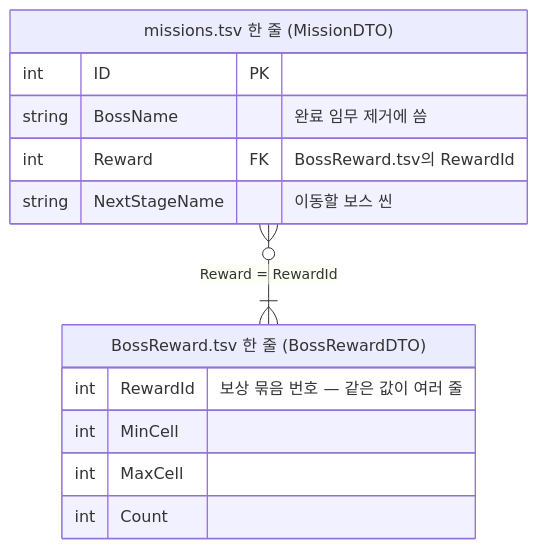
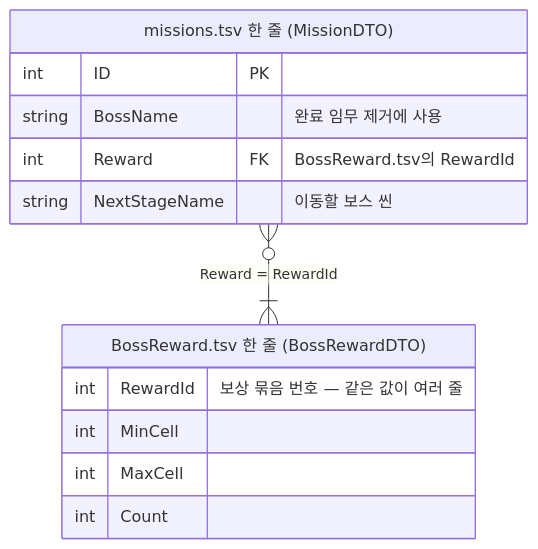
Before and after one commit to keeeery/portfolio: the tenth of 15 diagrams in src/1-ODDITY/TechDoc_ODDITY.md, drawn with Mermaid. The commit also changed 8 other files, not shown here.

````diff
--- a/src/1-ODDITY/TechDoc_ODDITY.md
+++ b/src/1-ODDITY/TechDoc_ODDITY.md
@@ -1007,16 +1007,16 @@
 ```mermaid
 erDiagram
     MissionDTO["missions.tsv 한 줄 (MissionDTO)"] {
         int ID PK
-        string BossName "완료 임무 제거에 씀"
+        string BossName "완료 임무 제거에 사용"
         int Reward FK "BossReward.tsv의 RewardId"
         string NextStageName "이동할 보스 씬"
     }
     BossRewardDTO["BossReward.tsv 한 줄 (BossRewardDTO)"] {
         int RewardId "보상 묶음 번호 — 같은 값이 여러 줄"
         int MinCell
         int MaxCell
         int Count
     }
     MissionDTO }o--|{ BossRewardDTO : "Reward = RewardId"
 ```
````
